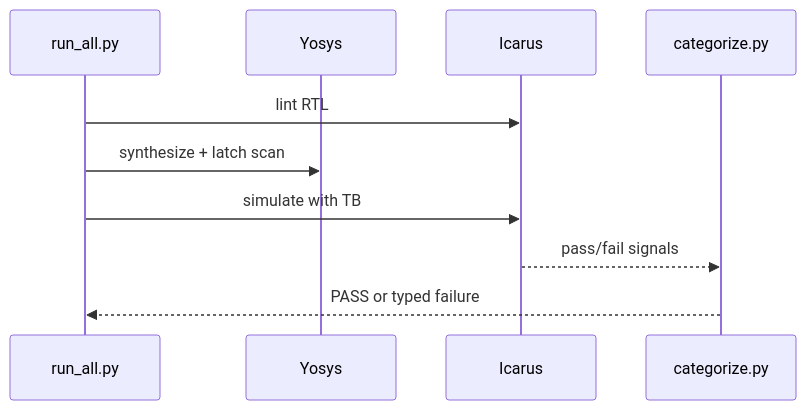
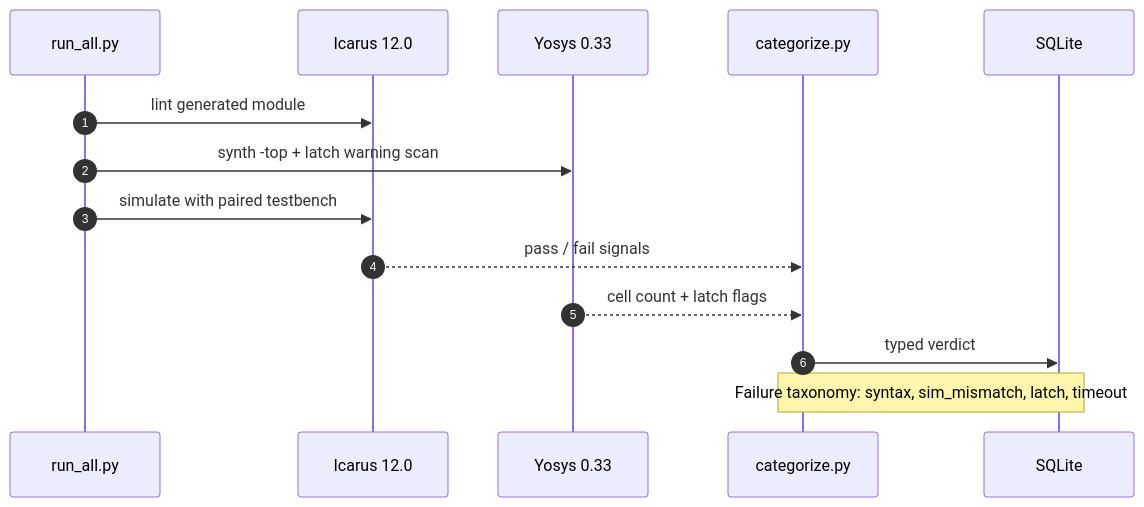
The fifth of 7 diagrams in README.md (ArchanaChetan07/-LLM-HDL-Bench-Verilog-RTL-Validation-Framework), drawn with Mermaid before and after one commit. The commit also changed other lines of this file, not shown here.

Commit message:
docs: professional FAANG-ready README with diagrams and verified results

````diff
--- a/README.md
+++ b/README.md
@@ -53,12 +129,17 @@
 ```mermaid
 sequenceDiagram
+  autonumber
   participant O as run_all.py
-  participant Y as Yosys
-  participant I as Icarus
+  participant I as Icarus 12.0
+  participant Y as Yosys 0.33
   participant C as categorize.py
-  O->>I: lint RTL
-  O->>Y: synthesize + latch scan
-  O->>I: simulate with TB
-  I-->>C: pass/fail signals
-  C-->>O: PASS or typed failure
+  participant S as SQLite
+
+  O->>I: lint generated module
+  O->>Y: synth -top + latch warning scan
+  O->>I: simulate with paired testbench
+  I-->>C: pass / fail signals
+  Y-->>C: cell count + latch flags
+  C->>S: typed verdict
+  Note over C,S: Failure taxonomy: syntax, sim_mismatch, latch, timeout
 ```
````
